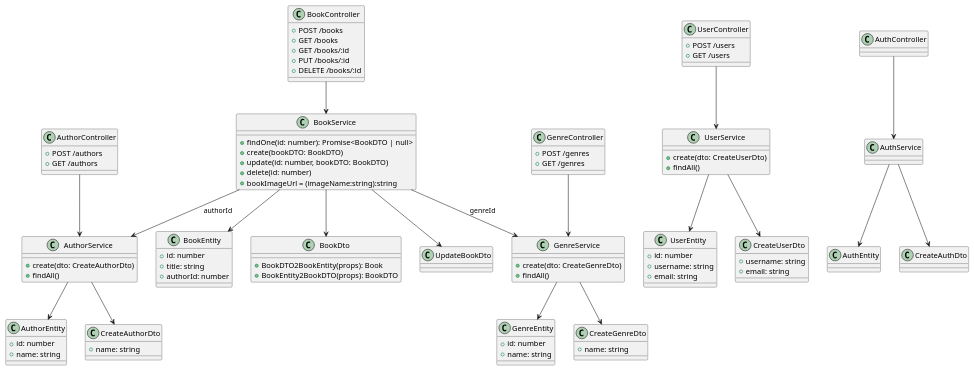
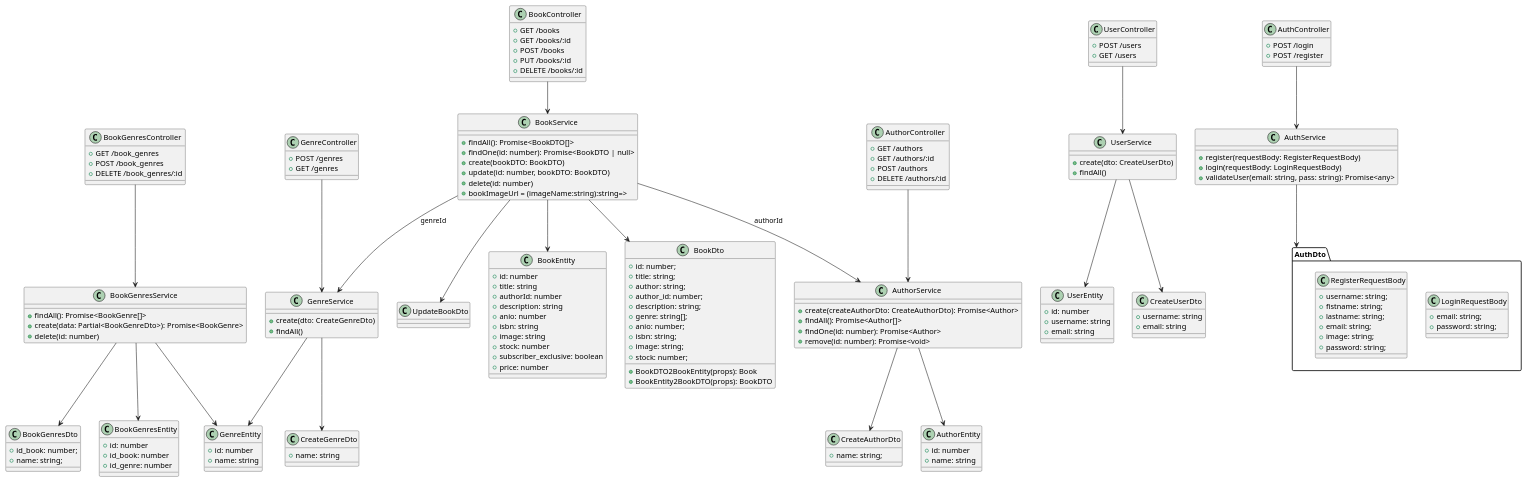
The diagram in diagrama parcial testeo.puml (LucasFrey-tech/Biblioteca), drawn with PlantUML before and after one commit. The commit also changed 7 other files, not shown here.

Commit message:
diagrama parte 1

```diff
--- a/diagrama parcial testeo.puml
+++ b/diagrama parcial testeo.puml
@@ -4,15 +4,28 @@
 ' Entidades
 '======================
 
+class AuthorEntity {
+  + id: number
+  + name: string
+}
+
+class BookGenresEntity {
+  + id: number
+  + id_book: number
+  + id_genre: number
+}
+
 class BookEntity {
   + id: number
   + title: string
   + authorId: number
-}
-
-class AuthorEntity {
-  + id: number
-  + name: string
+  + description: string
+  + anio: number
+  + isbn: string
+  + image: string
+  + stock: number
+  + subscriber_exclusive: boolean
+  + price: number
 }
 
 class GenreEntity {
@@ -31,13 +44,44 @@
 ' DTOs
 '======================
 
-class BookDto {
-  + BookDTO2BookEntity(props): Book
-  + BookEntity2BookDTO(props): BookDTO
+package AuthDto {
+  class LoginRequestBody {
+    + email: string;
+    + password: string;
+  }
+
+  class RegisterRequestBody {
+    + username: string;
+    + fistname: string;
+    + lastname: string;
+    + email: string;
+    + image: string;
+    + password: string;
+  }
 }
 
 class CreateAuthorDto {
-  + name: string
+  + name: string;
+}
+
+class BookGenresDto {
+  + id_book: number;
+  + name: string;
+}
+
+class BookDto {
+  + id: number;
+  + title: string;
+  + author: string;
+  + author_id: number;
+  + description: string;
+  + genre: string[];
+  + anio: number;
+  + isbn: string;
+  + image: string;
+  + stock: number;
+  + BookDTO2BookEntity(props): Book
+  + BookEntity2BookDTO(props): BookDTO
 }
 
 class CreateGenreDto {
@@ -54,17 +98,32 @@
 ' Services
 '======================
 
+class AuthService {
+  + register(requestBody: RegisterRequestBody)
+  + login(requestBody: LoginRequestBody)
+  + validateUser(email: string, pass: string): Promise<any>
+}
+
+class AuthorService {
+  + create(createAuthorDto: CreateAuthorDto): Promise<Author>
+  + findAll(): Promise<Author[]>
+  + findOne(id: number): Promise<Author>
+  + remove(id: number): Promise<void>
+}
+
+class BookGenresService {
+  + findAll(): Promise<BookGenre[]>
+  + create(data: Partial<BookGenreDto>): Promise<BookGenre>
+  + delete(id: number)
+}
+
 class BookService {
+  + findAll(): Promise<BookDTO[]>
   + findOne(id: number): Promise<BookDTO | null>
   + create(bookDTO: BookDTO)
   + update(id: number, bookDTO: BookDTO)
   + delete(id: number)
-  + bookImageUrl = (imageName:string):string
-}
-
-class AuthorService {
-  + create(dto: CreateAuthorDto)
-  + findAll()
+  + bookImageUrl = (imageName:string):string=>
 }
 
 class GenreService {
@@ -82,18 +141,32 @@
 ' Controllers
 '======================
 
+class AuthController {
+  + POST /login
+  + POST /register
+}
+
+class AuthorController {
+  + GET /authors
+  + GET /authors/:id
+  + POST /authors
+  + DELETE /authors/:id
+}
+
+class BookGenresController {
+  + GET /book_genres
+  + POST /book_genres
+  + DELETE /book_genres/:id
+}
+
 class BookController {
-  + POST /books
   + GET /books
   + GET /books/:id
+  + POST /books
   + PUT /books/:id
   + DELETE /books/:id
 }
 
-class AuthorController {
-  + POST /authors
-  + GET /authors
-}
 
 class GenreController {
   + POST /genres
@@ -106,10 +179,16 @@
 }
 
 '======================
+' EXTRAS
+'======================
+
+
+'======================
 ' Parte con AppModule corto (faltan agregar mas imports y relaciones.).
 
 ' class AppModule {
-'   + imports: BookModule, AuthorModule, GenreModule, UserModule
+  '   + imports: BookModule, AuthorModule, GenreModule, UserModule
+  '
 ' }
 
 ' AppModule --> BookModule
@@ -124,7 +203,8 @@
 ' Como podemos apreciar el diagrama (y cuando probamos generar el png tambien) el diagrama queda dificil de leeer.
 
 ' class AppModule {
-'     + imports: AuthModule, UsersModule, AuthorModule, BooksModule, BookReviewsModule, GenresModule, BookGenresModule, ShoppingCartModule, CatalogueBooksModule, PurchasesModule, LibraryBooksModule, BookContentModule
+  '     + imports: AuthModule, UsersModule, AuthorModule, BooksModule, BookReviewsModule, GenresModule, BookGenresModule, ShoppingCartModule, CatalogueBooksModule, PurchasesModule, LibraryBooksModule, BookContentModule
+  '
 ' }
 
 ' AppModule --> AuthModule
@@ -147,14 +227,25 @@
 ' Relaciones
 '======================
 
+AuthController --> AuthService
+AuthService --> AuthDto
+' AuthService --> LoginRequestBody
+' AuthService --> RegisterRequestBody
+
+AuthorController --> AuthorService
+AuthorService --> AuthorEntity
+AuthorService --> CreateAuthorDto
+
+BookGenresController --> BookGenresService
+BookGenresService --> BookGenresEntity
+BookGenresService --> GenreEntity
+BookGenresService --> BookGenresDto
+
+
 BookController --> BookService
 BookService --> BookEntity
 BookService --> BookDto
 BookService --> UpdateBookDto
-
-AuthorController --> AuthorService
-AuthorService --> AuthorEntity
-AuthorService --> CreateAuthorDto
 
 GenreController --> GenreService
 GenreService --> GenreEntity
@@ -164,10 +255,6 @@
 UserService --> UserEntity
 UserService --> CreateUserDto
 
-AuthController --> AuthService
-AuthService --> AuthEntity
-AuthService --> CreateAuthDto
-
 
 BookService --> GenreService : genreId
 BookService --> AuthorService : authorId
```
